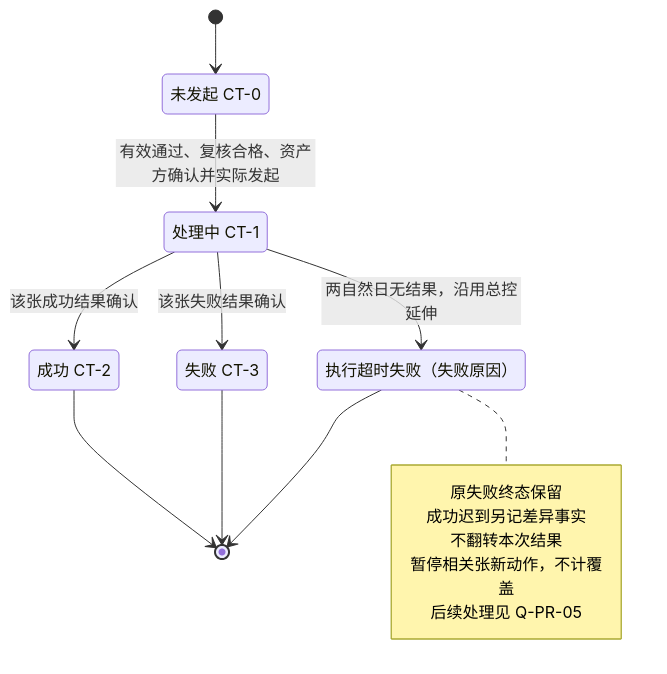
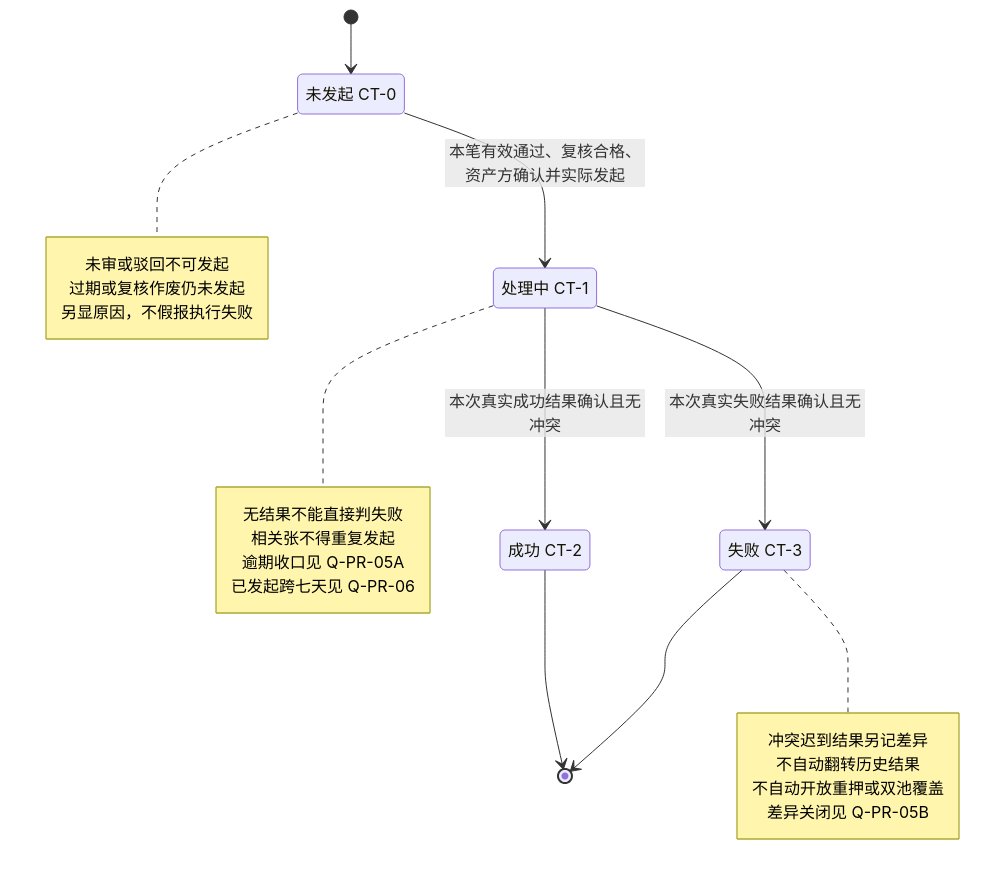
One commit to wxblockchain/Chain-Financing changed the fifth of 5 diagrams in lending-platform/PRD/v1.0-代币质押审核/v1.0-代币质押审核-流程图与状态机.md. Above: the diagram before and after it, drawn with Mermaid. The commit also changed other lines of this file and 1 other file, not shown here.

````diff
--- a/lending-platform/PRD/v1.0-代币质押审核/v1.0-代币质押审核-流程图与状态机.md
+++ b/lending-platform/PRD/v1.0-代币质押审核/v1.0-代币质押审核-流程图与状态机.md
@@ -136,23 +135,30 @@
 ```mermaid
 stateDiagram-v2
   state "未发起 CT-0" as NotStarted
   state "处理中 CT-1" as Processing
   state "成功 CT-2" as Succeeded
   state "失败 CT-3" as Failed
-  state "执行超时失败（失败原因）" as TimedOut
   [*] --> NotStarted
-  NotStarted --> Processing: 有效通过、复核合格、资产方确认并实际发起
-  Processing --> Succeeded: 该张成功结果确认
-  Processing --> Failed: 该张失败结果确认
-  Processing --> TimedOut: 两自然日无结果，沿用总控延伸
+  NotStarted --> Processing: 本笔有效通过、复核合格、资产方确认并实际发起
+  Processing --> Succeeded: 本次真实成功结果确认且无冲突
+  Processing --> Failed: 本次真实失败结果确认且无冲突
   Succeeded --> [*]
   Failed --> [*]
-  TimedOut --> [*]
-  note right of TimedOut
-    原失败终态保留
-    成功迟到另记差异事实
-    不翻转本次结果
-    暂停相关张新动作，不计覆盖
-    后续处理见 Q-PR-05
+  note right of NotStarted
+    未审或驳回不可发起
+    过期或复核作废仍未发起
+    另显原因，不假报执行失败
+  end note
+  note right of Processing
+    无结果不能直接判失败
+    相关张不得重复发起
+    逾期收口见 Q-PR-05A
+    已发起跨七天见 Q-PR-06
+  end note
+  note right of Failed
+    冲突迟到结果另记差异
+    不自动翻转历史结果
+    不自动开放重押或双池覆盖
+    差异关闭见 Q-PR-05B
   end note
 ```
````
